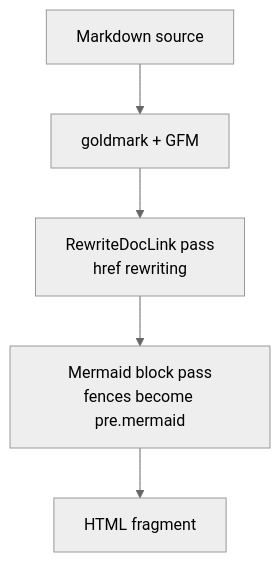
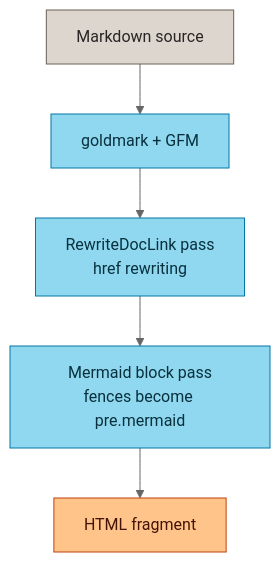
The diagram in internal/barnacle/render.go.md (fordaj/barnacle), drawn with Mermaid (neutral theme) before and after one commit. The commit also changed 23 other files, not shown here.

````diff
--- a/internal/barnacle/render.go.md
+++ b/internal/barnacle/render.go.md
@@ -3,9 +3,15 @@
 ```mermaid
 flowchart TD
-    MD[Markdown source] --> GM[goldmark + GFM]
+    MD["Markdown source"] --> GM[goldmark + GFM]
     GM --> Links["RewriteDocLink pass<br/>href rewriting"]
     Links --> Mermaid["Mermaid block pass<br/>fences become pre.mermaid"]
     Mermaid --> HTML[HTML fragment]
     click Links href "#link-rewriting"
     click Mermaid href "#mermaid"
+    class MD mdFile
+    class GM,Links,Mermaid goFile
+    class HTML htmlFile
+    classDef mdFile fill:#dcd6ce,stroke:#6b6255,color:#292524
+    classDef goFile fill:#8fd8ef,stroke:#0277a8,color:#08303d
+    classDef htmlFile fill:#ffc48a,stroke:#c2410c,color:#431407
 ```
````
